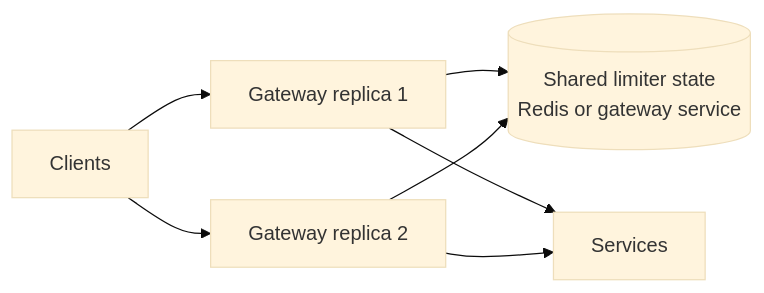
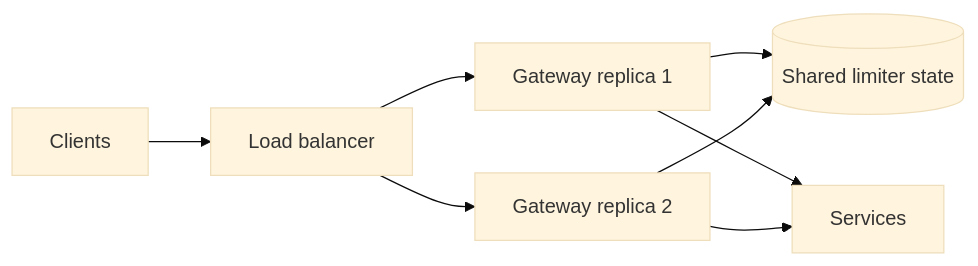
Before and after one commit to taukhir/shopverse: the diagram in documentation/docs/reliability/DISTRIBUTED-RATE-LIMITING.md, drawn with Mermaid (base theme). The commit also changed other lines of this file and 206 other files, not shown here.

Commit message:
Refactor storefront flows and shared UI

````diff
--- a/documentation/docs/reliability/DISTRIBUTED-RATE-LIMITING.md
+++ b/documentation/docs/reliability/DISTRIBUTED-RATE-LIMITING.md
@@ -12,9 +34,10 @@
 ```mermaid
 flowchart LR
-    Clients --> Gateway1["Gateway replica 1"]
-    Clients --> Gateway2["Gateway replica 2"]
-    Gateway1 --> Store[("Shared limiter state<br/>Redis or gateway service")]
+    Clients["Clients"] --> LB["Load balancer"]
+    LB --> Gateway1["Gateway replica 1"]
+    LB --> Gateway2["Gateway replica 2"]
+    Gateway1 --> Store[("Shared limiter state")]
     Gateway2 --> Store
-    Gateway1 --> Services
+    Gateway1 --> Services["Services"]
     Gateway2 --> Services
 ```
````
